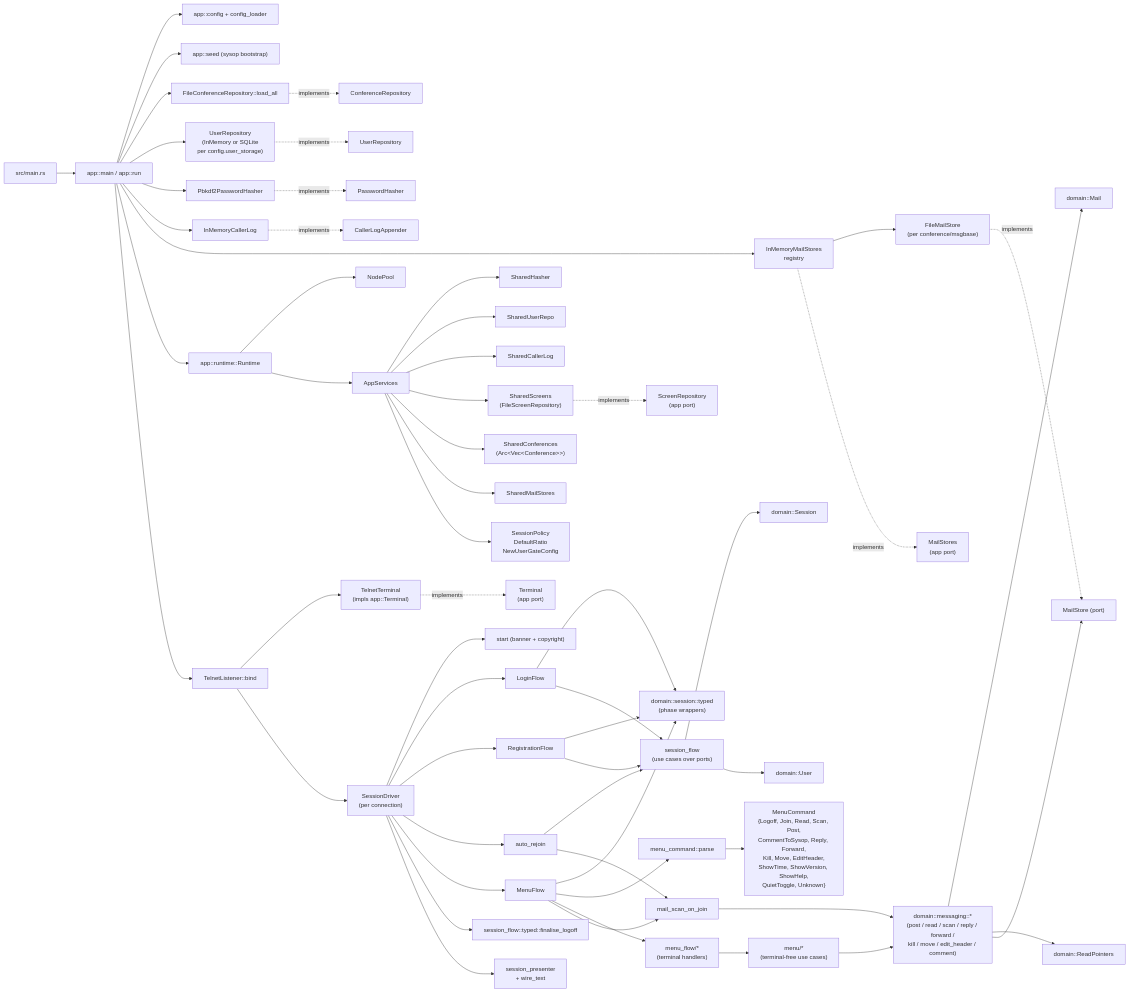
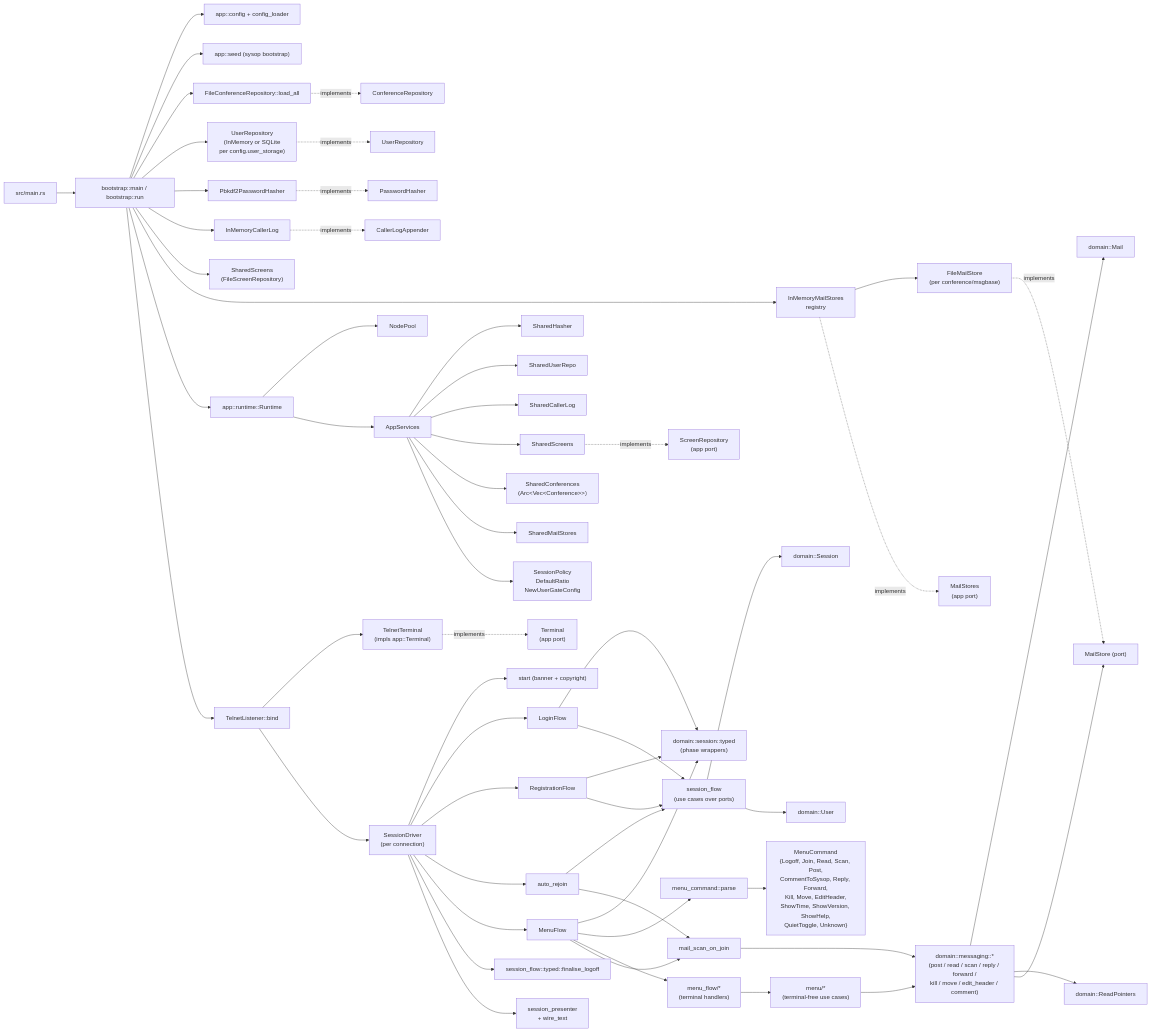
One commit to pingles/nextexpress changed the diagram in SYSTEM.md. Above: the diagram before and after it, drawn with Mermaid. The commit also changed other lines of this file and 8 other files, not shown here.

First line of the commit message:
Refactor: extract bootstrap module from app layer

````diff
--- a/SYSTEM.md
+++ b/SYSTEM.md
@@ -72,69 +90,70 @@
 ```mermaid
 flowchart LR
-    Main["src/main.rs"] --> AppRun["app::main / app::run"]
+    Main["src/main.rs"] --> AppRun["bootstrap::main / bootstrap::run"]
 
     AppRun --> Config["app::config + config_loader"]
     AppRun --> Seed["app::seed (sysop bootstrap)"]
     AppRun --> ConfRepo["FileConferenceRepository::load_all"]
     AppRun --> UserRepo["UserRepository\n(InMemory or SQLite\nper config.user_storage)"]
     AppRun --> Hasher["Pbkdf2PasswordHasher"]
     AppRun --> CallerLog["InMemoryCallerLog"]
+    AppRun --> Screens["SharedScreens\n(FileScreenRepository)"]
     AppRun --> MailRegistry["InMemoryMailStores\nregistry"]
     MailRegistry --> FileMailStore["FileMailStore\n(per conference/msgbase)"]
 
     AppRun --> Runtime["app::runtime::Runtime"]
     Runtime --> NodePool["NodePool"]
     Runtime --> Services["AppServices"]
 
     Services --> Sharedhasher["SharedHasher"]
     Services --> SharedRepo["SharedUserRepo"]
     Services --> SharedLog["SharedCallerLog"]
-    Services --> SharedScreens["SharedScreens\n(FileScreenRepository)"]
+    Services --> SharedScreens
     Services --> SharedConfs["SharedConferences\n(Arc&lt;Vec&lt;Conference&gt;&gt;)"]
     Services --> SharedMail["SharedMailStores"]
     Services --> Policy["SessionPolicy\nDefaultRatio\nNewUserGateConfig"]
 
     AppRun --> Telnet["TelnetListener::bind"]
     Telnet --> Terminal["TelnetTerminal\n(impls app::Terminal)"]
     Telnet --> Driver["SessionDriver\n(per connection)"]
 
     Driver --> Start["start (banner + copyright)"]
     Driver --> Login["LoginFlow"]
     Driver --> Registration["RegistrationFlow"]
     Driver --> AutoRejoin["auto_rejoin"]
     Driver --> Menu["MenuFlow"]
     Driver --> Finalise["session_flow::typed::finalise_logoff"]
 
     Login --> Typed["domain::session::typed\n(phase wrappers)"]
     Registration --> Typed
     Menu --> Typed
     Login --> SF["session_flow\n(use cases over ports)"]
     Registration --> SF
     AutoRejoin --> SF
     Driver --> Presenter["session_presenter\n+ wire_text"]
 
     Menu --> Parse["menu_command::parse"]
     Parse --> Cmds["MenuCommand\n{Logoff, Join, Read, Scan, Post,\nCommentToSysop, Reply, Forward,\nKill, Move, EditHeader,\nShowTime, ShowVersion, ShowHelp,\nQuietToggle, Unknown}"]
     Menu --> MenuFlowHandlers["menu_flow/*\n(terminal handlers)"]
     MenuFlowHandlers --> MenuUseCases["menu/*\n(terminal-free use cases)"]
 
     MenuUseCases --> Rules["domain::messaging::*\n(post / read / scan / reply / forward /\nkill / move / edit_header / comment)"]
     AutoRejoin --> ScanOnJoin["mail_scan_on_join"]
     Menu --> ScanOnJoin
     ScanOnJoin --> Rules
 
     Rules --> Mail["domain::Mail"]
     Rules --> Pointers["domain::ReadPointers"]
     Rules --> MailPort["MailStore (port)"]
     SF --> DomainSession["domain::Session"]
     SF --> DomainUser["domain::User"]
 
     ConfRepo -.implements.-> ConfPort["ConferenceRepository"]
     UserRepo -.implements.-> UserPort["UserRepository"]
     Hasher -.implements.-> HasherPort["PasswordHasher"]
     CallerLog -.implements.-> LogPort["CallerLogAppender"]
     SharedScreens -.implements.-> ScreenPort["ScreenRepository\n(app port)"]
     MailRegistry -.implements.-> MailRegistryPort["MailStores\n(app port)"]
     FileMailStore -.implements.-> MailPort
     Terminal -.implements.-> TermPort["Terminal\n(app port)"]
 ```
````
